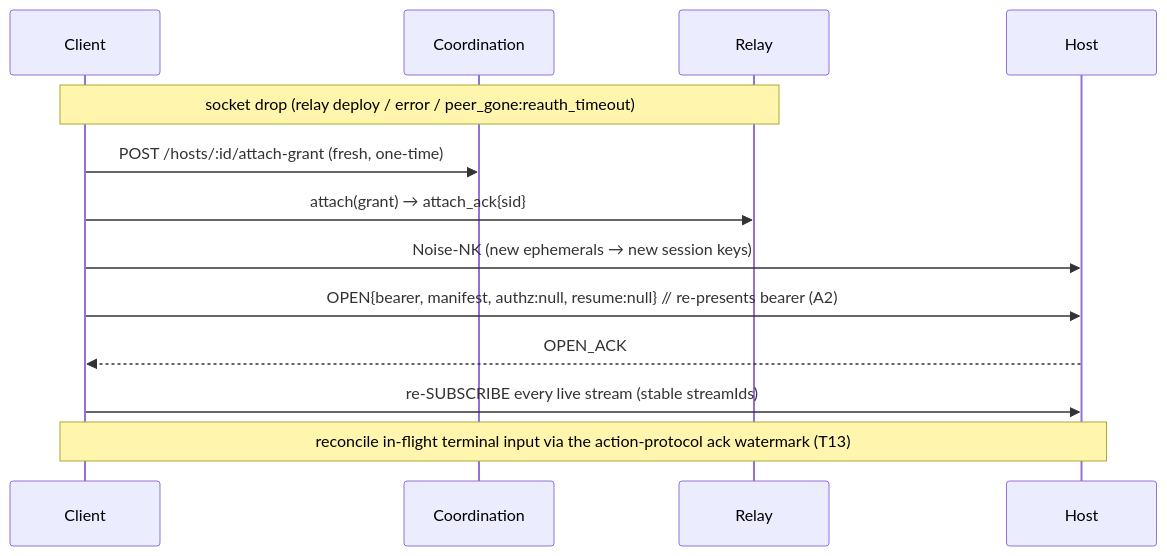
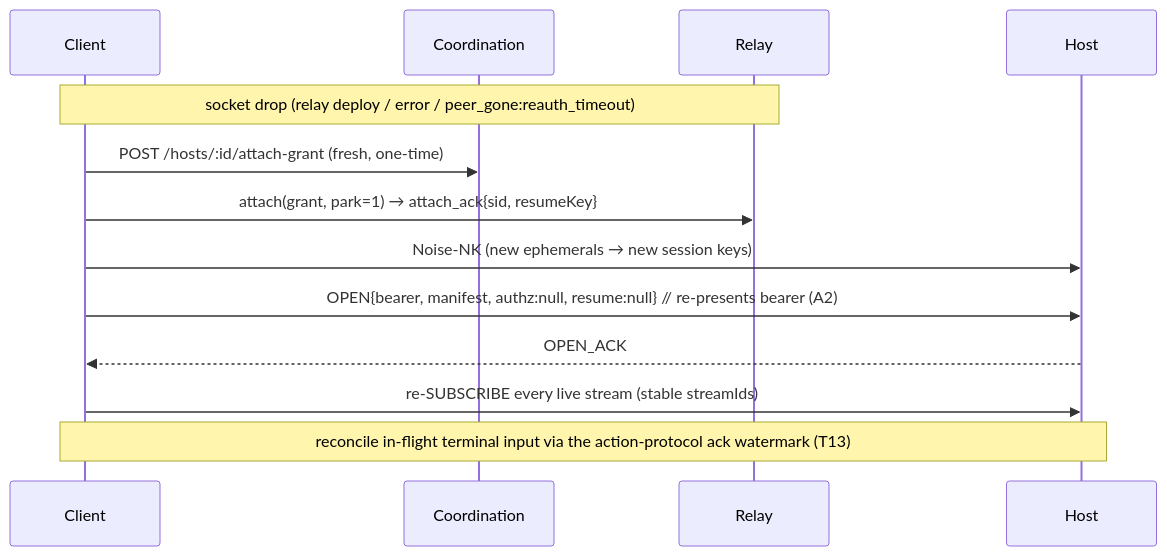
The second of 3 diagrams in clients/shared/host-client/REMOTE-TRANSPORT.md (traycerai/traycer), drawn with Mermaid before and after one commit. The commit also changed other lines of this file, not shown here.

````diff
--- a/clients/shared/host-client/REMOTE-TRANSPORT.md
+++ b/clients/shared/host-client/REMOTE-TRANSPORT.md
@@ -251,15 +282,15 @@
 ```mermaid
 sequenceDiagram
   participant C as Client
   participant CS as Coordination
   participant R as Relay
   participant H as Host
   Note over C,R: socket drop (relay deploy / error / peer_gone:reauth_timeout)
   C->>CS: POST /hosts/:id/attach-grant (fresh, one-time)
-  C->>R: attach(grant) → attach_ack{sid}
+  C->>R: attach(grant, park=1) → attach_ack{sid, resumeKey}
   C->>H: Noise-NK (new ephemerals → new session keys)
   C->>H: OPEN{bearer, manifest, authz:null, resume:null}   // re-presents bearer (A2)
   H-->>C: OPEN_ACK
   C->>H: re-SUBSCRIBE every live stream (stable streamIds)
   Note over C,H: reconcile in-flight terminal input via the action-protocol ack watermark (T13)
 ```
````
